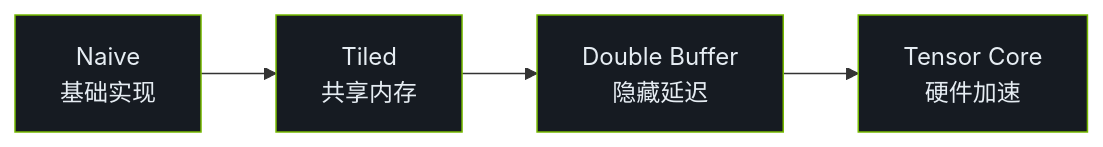
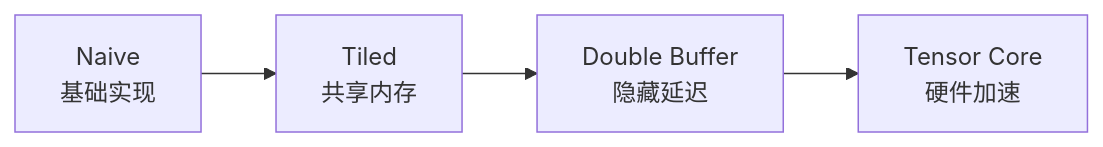
Before and after one commit to LessUp/cuda-kernel-academy: the second of 2 diagrams in docs/zh/modules/02-tensorcraft.md, drawn with Mermaid. The commit also changed other lines of this file and 45 other files, not shown here.

````diff
--- a/docs/zh/modules/02-tensorcraft.md
+++ b/docs/zh/modules/02-tensorcraft.md
@@ -47,9 +43,5 @@
 ```mermaid
 flowchart LR
     N["Naive<br/>基础实现"] --> T["Tiled<br/>共享内存"] --> D["Double Buffer<br/>隐藏延迟"] --> TC["Tensor Core<br/>硬件加速"]
 
-    style N fill:#161b22,stroke:#76B900,color:#e6edf3
-    style T fill:#161b22,stroke:#76B900,color:#e6edf3
-    style D fill:#161b22,stroke:#76B900,color:#e6edf3
-    style TC fill:#161b22,stroke:#76B900,color:#e6edf3
 ```
````
